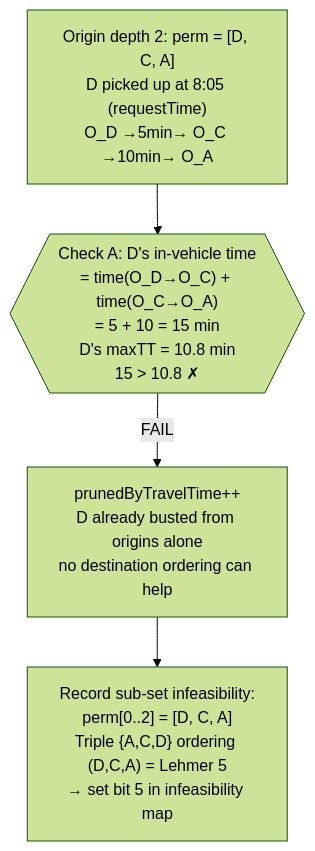
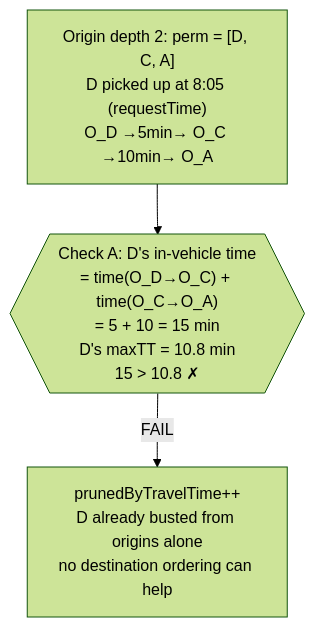
Before and after one commit to Chrigarr9/matsim-libs: diagram 18 of 23 in contribs/drt-demand-extraction/docs/drt-demand-extraction-architecture.md, drawn with Mermaid (forest theme). The commit also changed other lines of this file, not shown here.

First line of the commit message:
docs: rewrite drt-demand-extraction-architecture.md to current code-truth

````diff
--- a/contribs/drt-demand-extraction/docs/drt-demand-extraction-architecture.md
+++ b/contribs/drt-demand-extraction/docs/drt-demand-extraction-architecture.md
@@ -873,12 +799,10 @@
 ```mermaid
 flowchart TD
     CHECK["Origin depth 2: perm = [D, C, A]<br/>D picked up at 8:05 (requestTime)<br/>O_D →5min→ O_C →10min→ O_A"]
     
     CA_D{{"Check A: D's in-vehicle time<br/>= time(O_D→O_C) + time(O_C→O_A)<br/>= 5 + 10 = 15 min<br/>D's maxTT = 10.8 min<br/>15 > 10.8 ✗"}}
     
     PRUNE["prunedByTravelTime++<br/>D already busted from origins alone<br/>no destination ordering can help"]
     
-    RECORD["Record sub-set infeasibility:<br/>perm[0..2] = [D, C, A]<br/>Triple {A,C,D} ordering (D,C,A) = Lehmer 5<br/>→ set bit 5 in infeasibility map"]
-    
-    CHECK --> CA_D -->|"FAIL"| PRUNE --> RECORD
+    CHECK --> CA_D -->|"FAIL"| PRUNE
 ```
````
